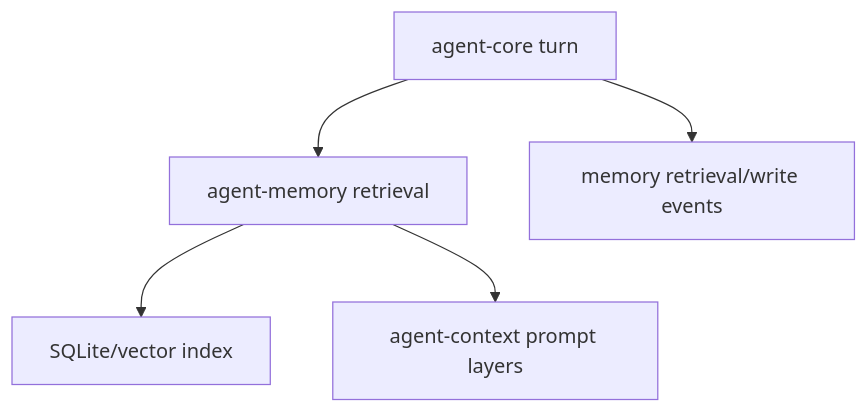
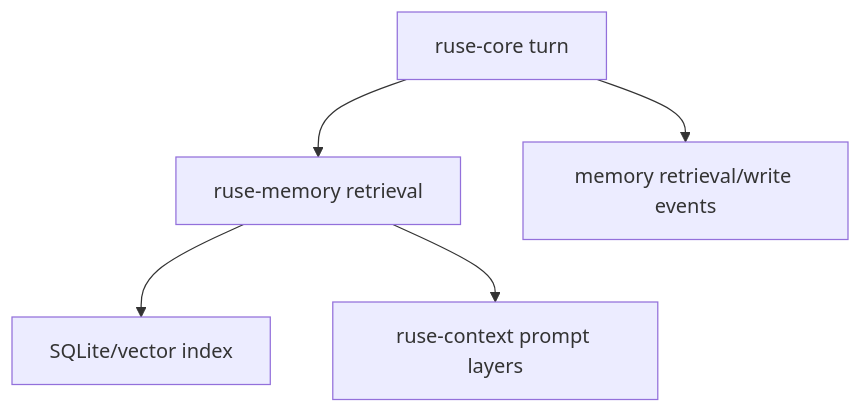
The diagram in docs/specs/M23-memory-retrieval-quality.spec.md (poneding/agent), drawn with Mermaid before and after one commit. The commit also changed other lines of this file and 2091 other files, not shown here.

First line of the commit message:
refactor: rename agent branding to ruse

````diff
--- a/docs/specs/M23-memory-retrieval-quality.spec.md
+++ b/docs/specs/M23-memory-retrieval-quality.spec.md
@@ -33,7 +33,7 @@
 ```mermaid
 flowchart TD
-  Core["agent-core turn"] --> Memory["agent-memory retrieval"]
+  Core["ruse-core turn"] --> Memory["ruse-memory retrieval"]
   Memory --> Index["SQLite/vector index"]
-  Memory --> Context["agent-context prompt layers"]
+  Memory --> Context["ruse-context prompt layers"]
   Core --> Events["memory retrieval/write events"]
 ```
````
